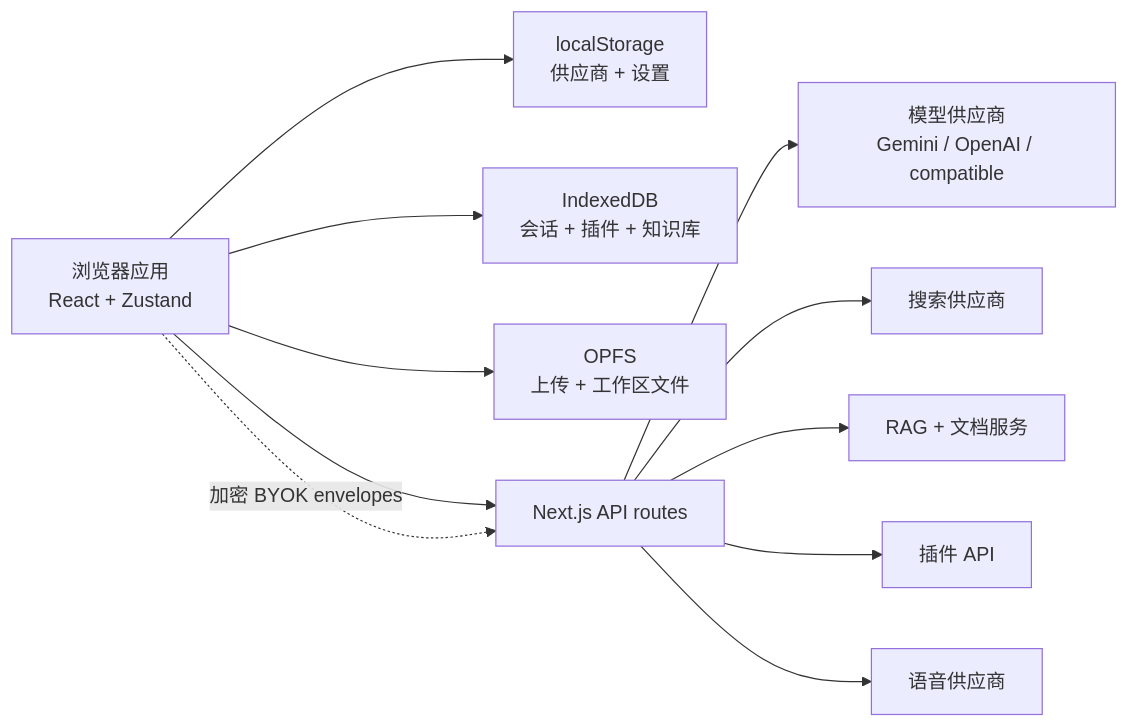
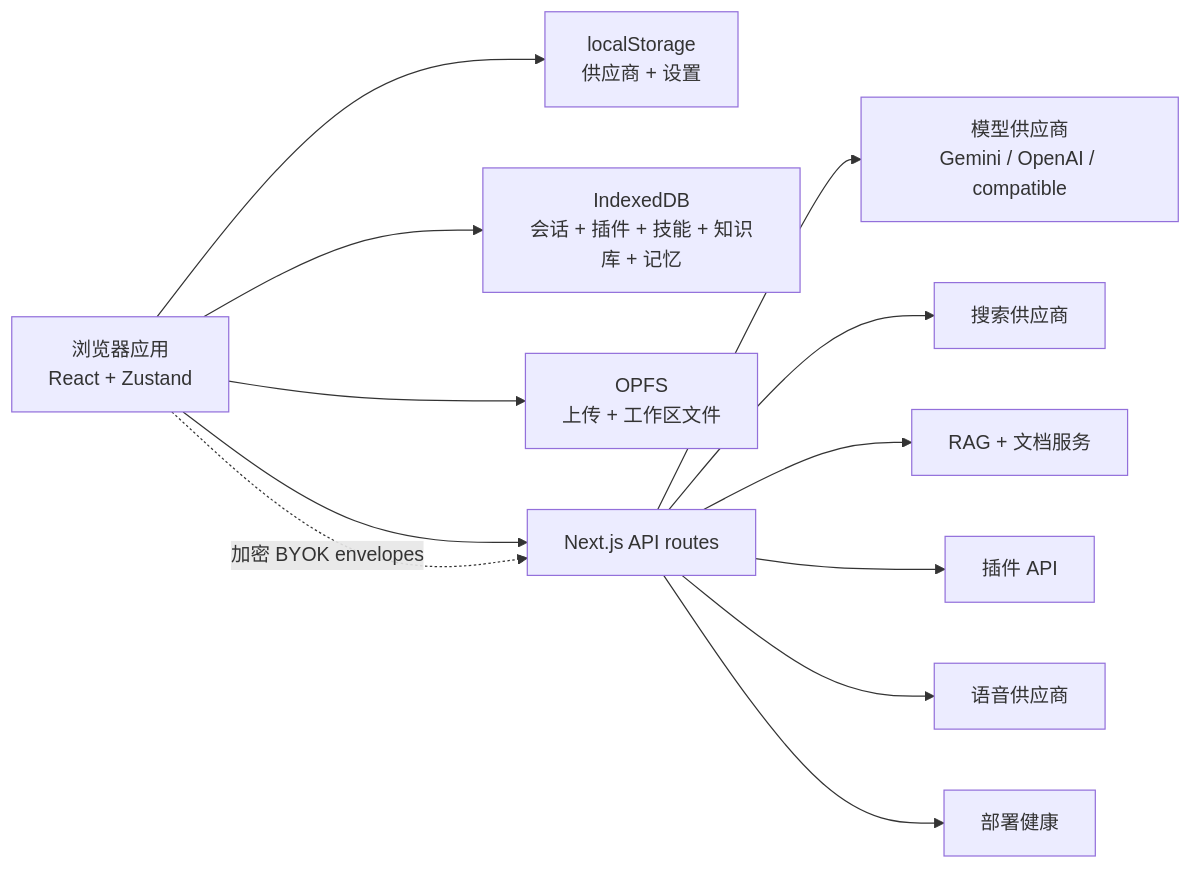
One commit to sternelee/TalkWithGemini changed the diagram in README.zh-CN.md. Above: the diagram before and after it, drawn with Mermaid. The commit also changed other lines of this file and 98 other files, not shown here.

````diff
--- a/README.zh-CN.md
+++ b/README.zh-CN.md
@@ -248,13 +268,14 @@
 ```mermaid
 flowchart LR
   Browser["浏览器应用\nReact + Zustand"] --> LocalStorage["localStorage\n供应商 + 设置"]
-  Browser --> IndexedDB["IndexedDB\n会话 + 插件 + 知识库"]
+  Browser --> IndexedDB["IndexedDB\n会话 + 插件 + 技能 + 知识库 + 记忆"]
   Browser --> OPFS["OPFS\n上传 + 工作区文件"]
   Browser --> ApiRoutes["Next.js API routes"]
   ApiRoutes --> Providers["模型供应商\nGemini / OpenAI / compatible"]
   ApiRoutes --> Search["搜索供应商"]
   ApiRoutes --> Rag["RAG + 文档服务"]
   ApiRoutes --> Plugins["插件 API"]
   ApiRoutes --> Voice["语音供应商"]
+  ApiRoutes --> Health["部署健康"]
   Browser -. "加密 BYOK envelopes" .-> ApiRoutes
 ```
````
